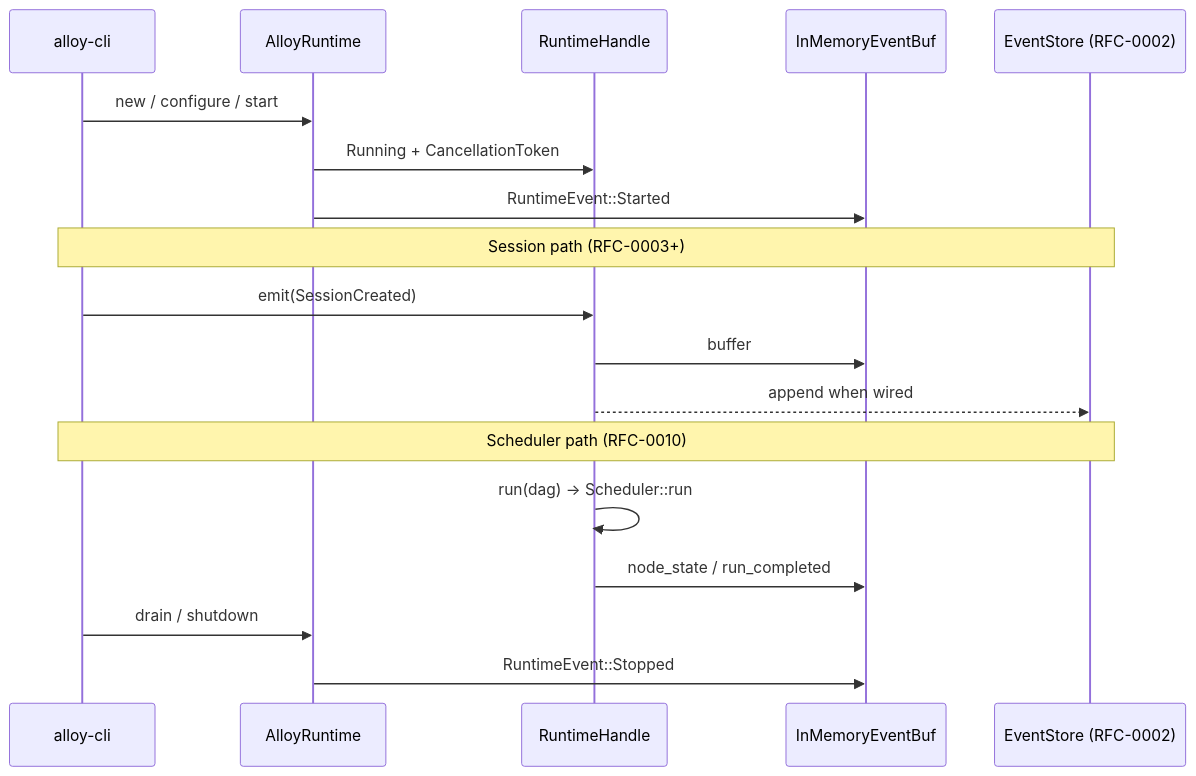
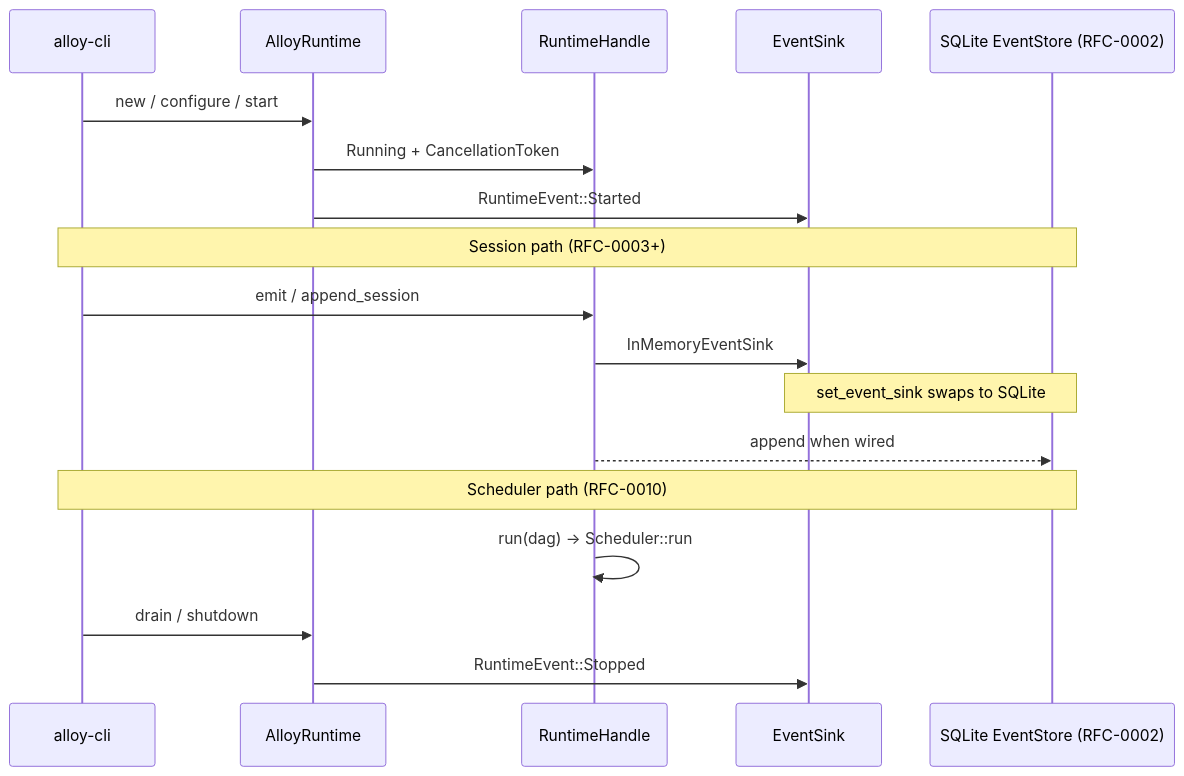
One commit to arkadianet/Alloy changed the second of 4 diagrams in docs/rfcs/RFC-0001-alloy-runtime.md. Above: the diagram before and after it, drawn with Mermaid. The commit also changed other lines of this file, not shown here.

First line of the commit message:
Revise RFC-0001 for principal systems review.

````diff
--- a/docs/rfcs/RFC-0001-alloy-runtime.md
+++ b/docs/rfcs/RFC-0001-alloy-runtime.md
@@ -746,21 +935,21 @@
 ```mermaid
 sequenceDiagram
   participant CLI as alloy-cli
   participant RT as AlloyRuntime
   participant H as RuntimeHandle
-  participant MEM as InMemoryEventBuf
-  participant ES as EventStore (RFC-0002)
+  participant SINK as EventSink
+  participant ES as SQLite EventStore (RFC-0002)
 
   CLI->>RT: new / configure / start
   RT->>H: Running + CancellationToken
-  RT->>MEM: RuntimeEvent::Started
+  RT->>SINK: RuntimeEvent::Started
   Note over CLI,ES: Session path (RFC-0003+)
-  CLI->>H: emit(SessionCreated) 
-  H->>MEM: buffer
+  CLI->>H: emit / append_session
+  H->>SINK: InMemoryEventSink
+  Note over SINK,ES: set_event_sink swaps to SQLite
   H-->>ES: append when wired
   Note over CLI,ES: Scheduler path (RFC-0010)
   H->>H: run(dag) → Scheduler::run
-  H->>MEM: node_state / run_completed
   CLI->>RT: drain / shutdown
-  RT->>MEM: RuntimeEvent::Stopped
+  RT->>SINK: RuntimeEvent::Stopped
 ```
````
